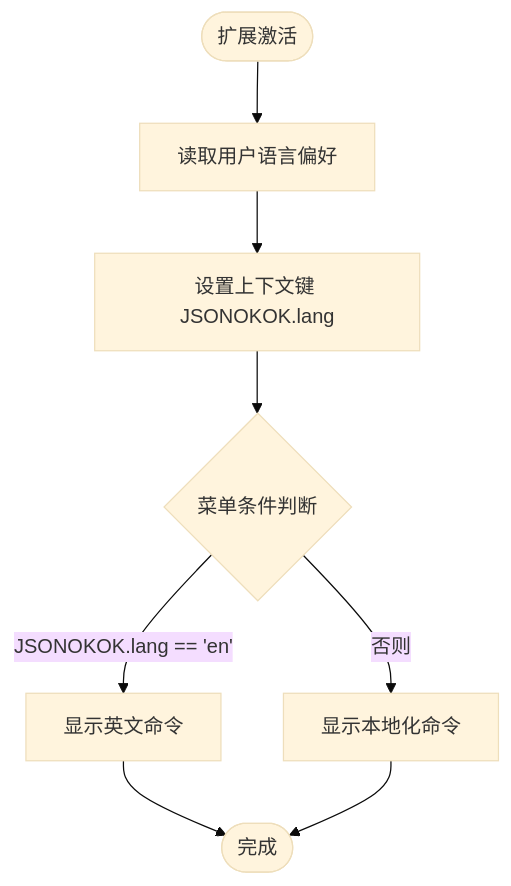
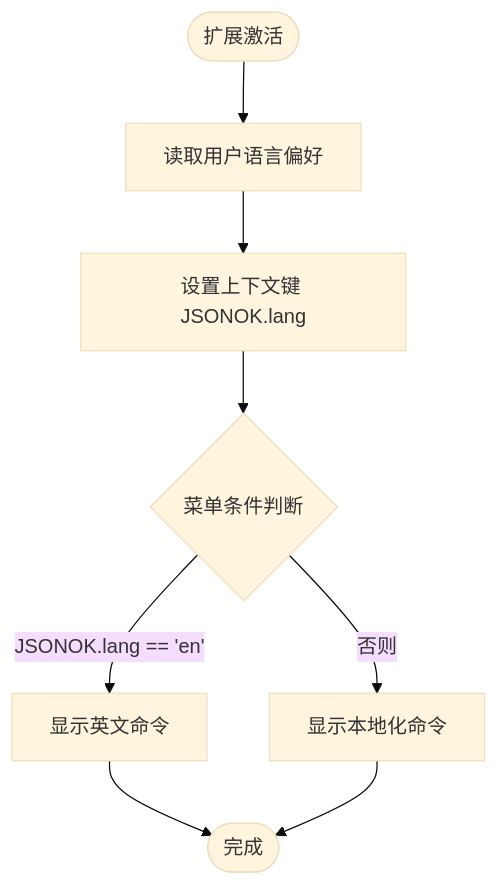
Before and after one commit to meiok1/wysjson: the third of 7 diagrams in .qoder/repowiki/zh/content/Webview 界面系统/国际化支持.md, drawn with Mermaid (base theme). The commit also changed other lines of this file and 45 other files, not shown here.

````diff
--- a/.qoder/repowiki/zh/content/Webview 界面系统/国际化支持.md
+++ b/.qoder/repowiki/zh/content/Webview 界面系统/国际化支持.md
@@ -124,10 +124,10 @@
 ```mermaid
 flowchart TD
 Start(["扩展激活"]) --> ReadPref["读取用户语言偏好"]
-ReadPref --> SetCtx["设置上下文键 JSONOKOK.lang"]
+ReadPref --> SetCtx["设置上下文键 JSONOK.lang"]
 SetCtx --> MenuCheck{"菜单条件判断"}
-MenuCheck --> |JSONOKOK.lang == 'en'| ShowEn["显示英文命令"]
+MenuCheck --> |JSONOK.lang == 'en'| ShowEn["显示英文命令"]
 MenuCheck --> |否则| ShowLoc["显示本地化命令"]
 ShowEn --> End(["完成"])
 ShowLoc --> End
 ```
````
